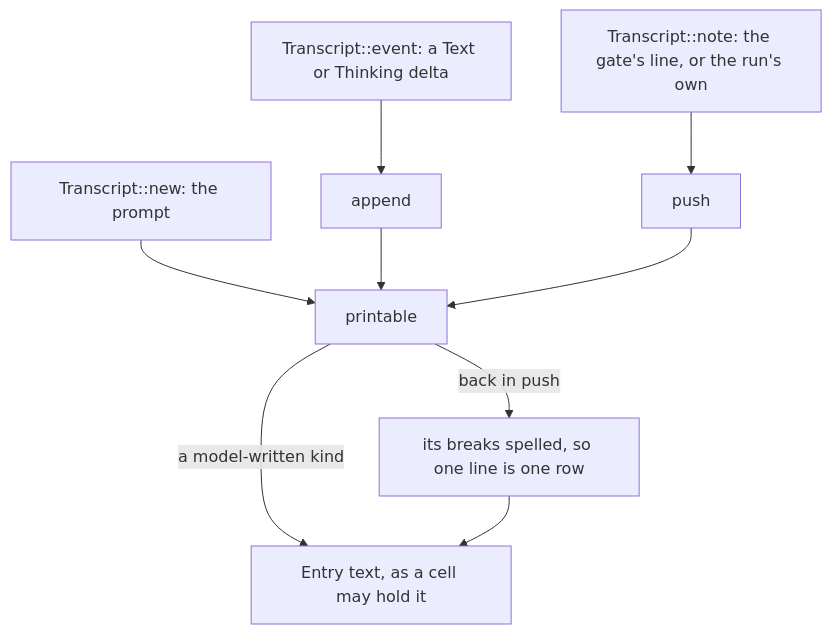
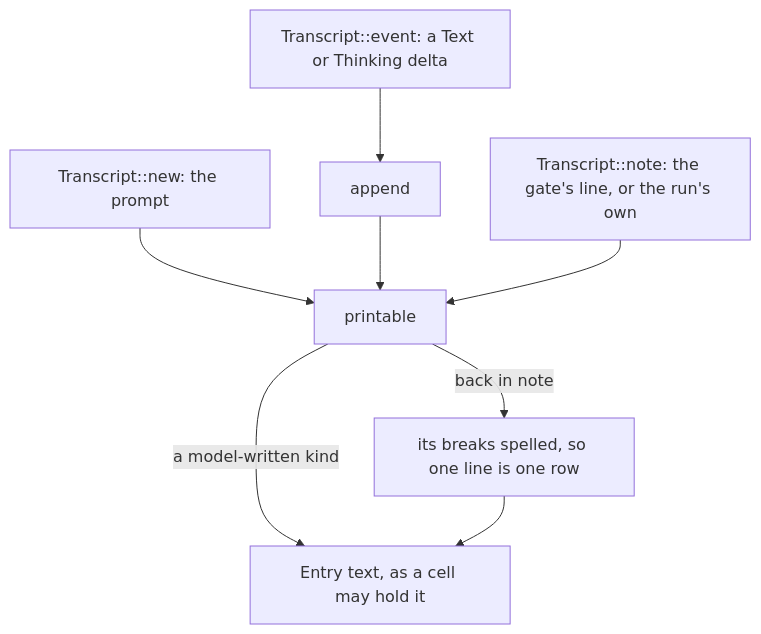
The first of 2 diagrams in context/onboarding/23-crate-tui.md (danczw/sandbx), drawn with Mermaid before and after one commit. The commit also changed other lines of this file and 2 other files, not shown here.

First line of the commit message:
refactor(tui): fold push into note, now its only caller

````diff
--- a/context/onboarding/23-crate-tui.md
+++ b/context/onboarding/23-crate-tui.md
@@ -194,11 +194,10 @@
 ```mermaid
 flowchart TD
     A["Transcript::new: the prompt"] --> P["printable"]
     B["Transcript::event: a Text or Thinking delta"] --> C["append"]
     C --> P
-    D["Transcript::note: the gate's line, or the run's own"] --> E["push"]
-    E --> P
+    D["Transcript::note: the gate's line, or the run's own"] --> P
     P -->|"a model-written kind"| G["Entry text, as a cell may hold it"]
-    P -->|"back in push"| H["its breaks spelled, so one line is one row"]
+    P -->|"back in note"| H["its breaks spelled, so one line is one row"]
     H --> G
 ```
````
